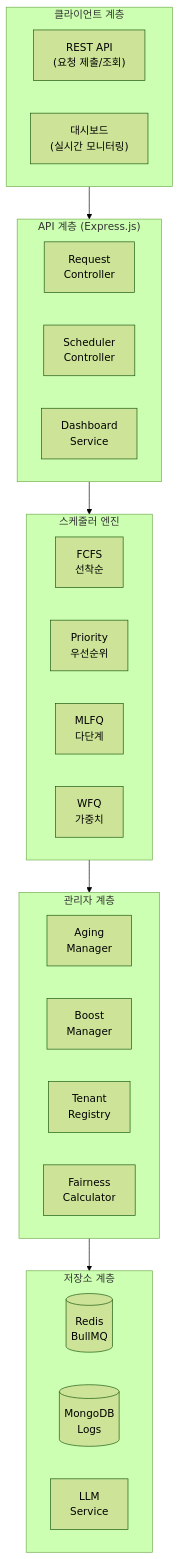
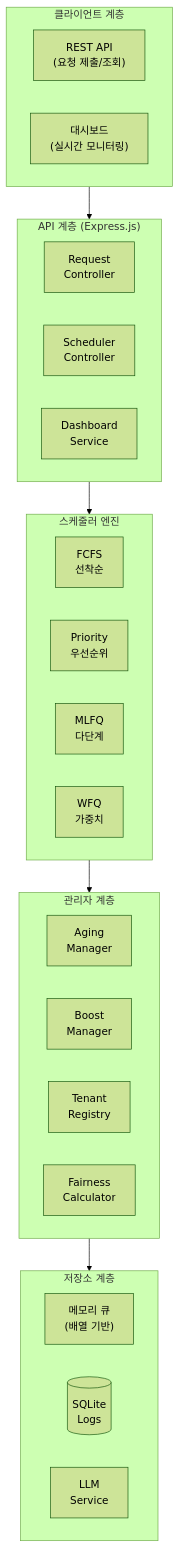
One commit to seominji-dev/graduation-project changed the diagram in 03-report/learning-materials/diagrams/architecture-overview.mmd. Above: the diagram before and after it, drawn with Mermaid (forest theme). The commit also changed 22 other files, not shown here.

First line of the commit message:
refactor: 전체 문서 기술 스택 통일 (JavaScript/SQLite/메모리 큐)

```diff
--- a/03-report/learning-materials/diagrams/architecture-overview.mmd
+++ b/03-report/learning-materials/diagrams/architecture-overview.mmd
@@ -1,39 +1,39 @@
 %% LLM Scheduler System Architecture Overview
 %% Mermaid flowchart diagram
 
 flowchart TB
     subgraph Client["클라이언트 계층"]
         API["REST API<br/>(요청 제출/조회)"]
         Dashboard["대시보드<br/>(실시간 모니터링)"]
     end
 
     subgraph APILayer["API 계층 (Express.js)"]
         RC["Request<br/>Controller"]
         SC["Scheduler<br/>Controller"]
         DS["Dashboard<br/>Service"]
     end
 
     subgraph Engine["스케줄러 엔진"]
         FCFS["FCFS<br/>선착순"]
         PRI["Priority<br/>우선순위"]
         MLFQ["MLFQ<br/>다단계"]
         WFQ["WFQ<br/>가중치"]
     end
 
     subgraph Managers["관리자 계층"]
         AM["Aging<br/>Manager"]
         BM["Boost<br/>Manager"]
         TR["Tenant<br/>Registry"]
         FC["Fairness<br/>Calculator"]
     end
 
     subgraph Storage["저장소 계층"]
-        Redis[(Redis<br/>BullMQ)]
-        Mongo[(MongoDB<br/>Logs)]
+        Queue["메모리 큐<br/>(배열 기반)"]
+        SQLite[(SQLite<br/>Logs)]
         LLM["LLM<br/>Service"]
     end
 
     Client --> APILayer
     APILayer --> Engine
     Engine --> Managers
     Managers --> Storage
```
